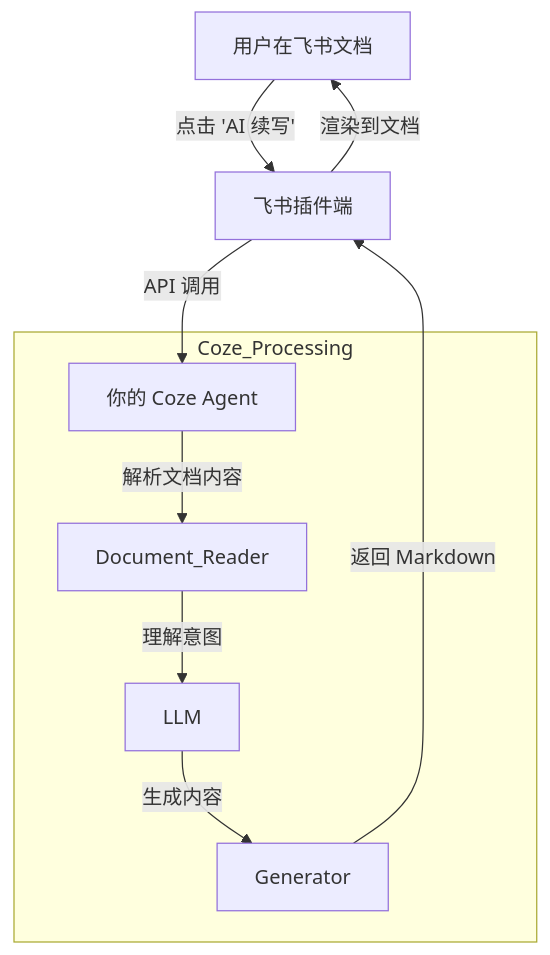
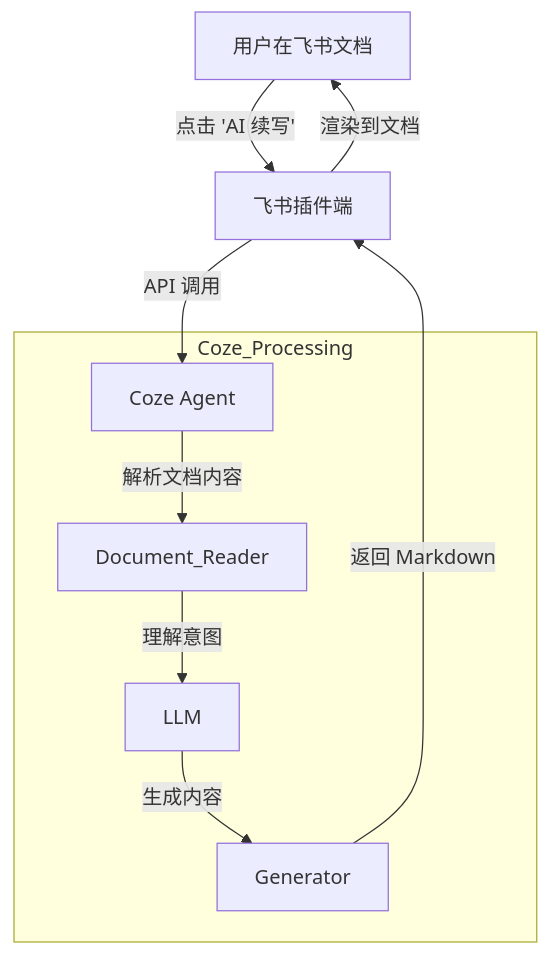
Before and after one commit to briefness/LZYBlog: the diagram in docs/posts/coze/13_Enterprise_Integration.md, drawn with Mermaid. The commit also changed other lines of this file and 7 other files, not shown here.

````diff
--- a/docs/posts/coze/13_Enterprise_Integration.md
+++ b/docs/posts/coze/13_Enterprise_Integration.md
@@ -24,15 +24,15 @@
 ```mermaid
 graph TD
     User[用户在飞书文档] -->|点击 'AI 续写'| Plugin_Feishu[飞书插件端]
     
-    Plugin_Feishu -->|API 调用| Coze_Agent[你的 Coze Agent]
+    Plugin_Feishu -->|API 调用| Coze_Agent[Coze Agent]
     
     subgraph Coze_Processing
         Coze_Agent -->|解析文档内容| Document_Reader
         Document_Reader -->|理解意图| LLM
         LLM -->|生成内容| Generator
     end
     
     Generator -->|返回 Markdown| Plugin_Feishu
     Plugin_Feishu -->|渲染到文档| User
 ```
````
